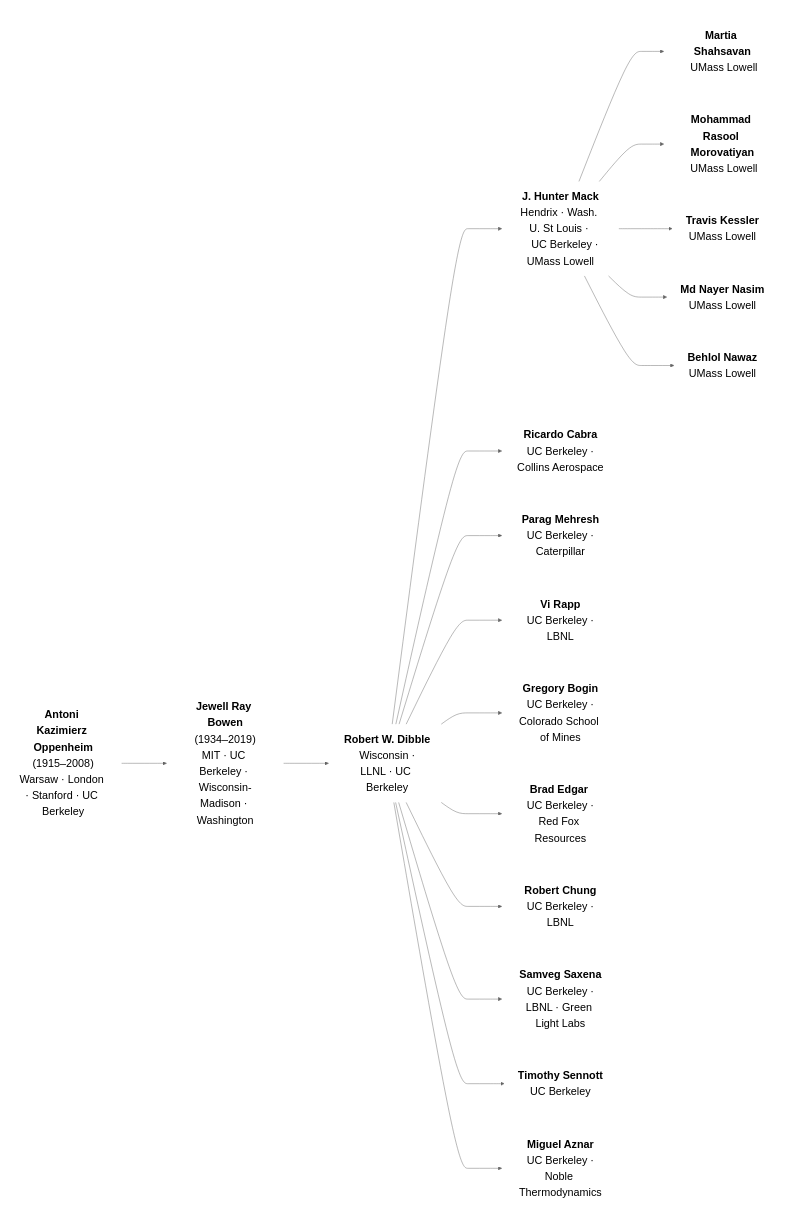
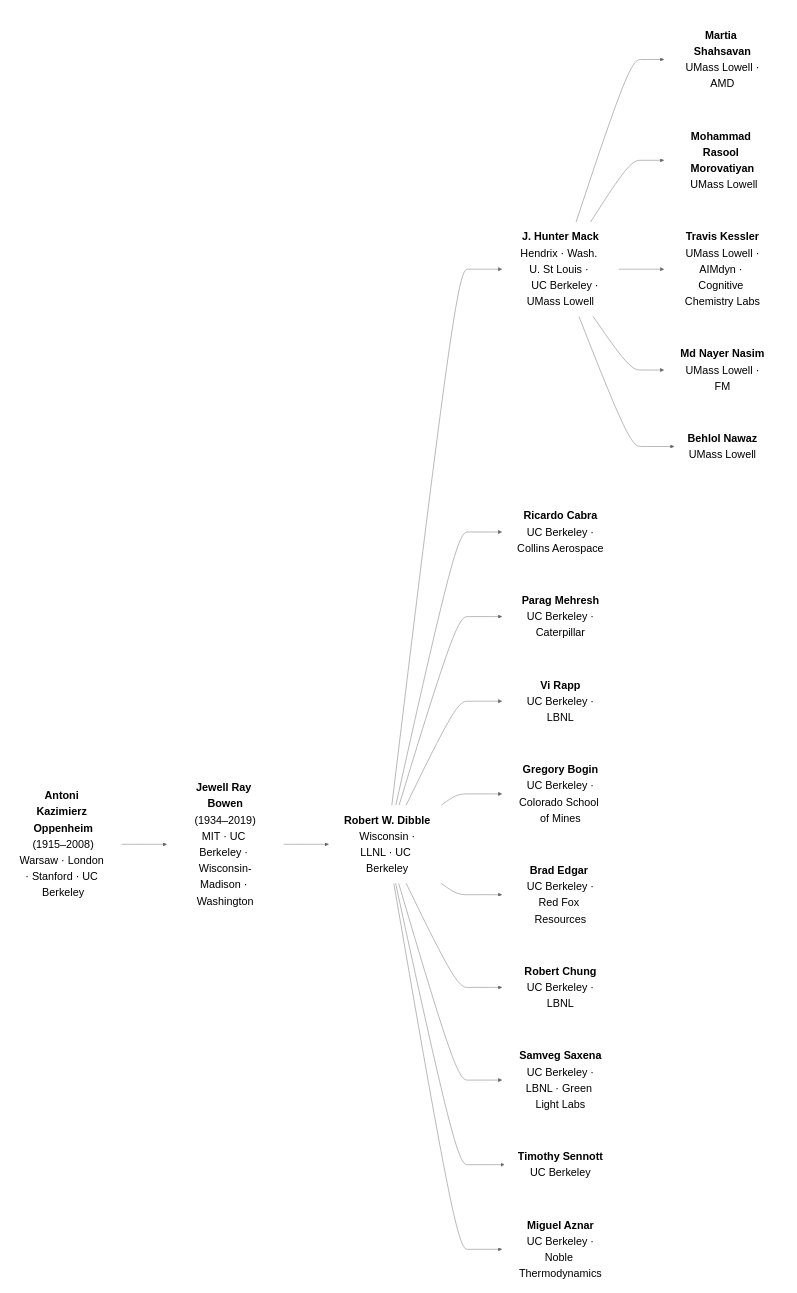
One commit to bnawaz95/ECRL-acad-tree changed the diagram in acad_tree_LR.md. Above: the diagram before and after it, drawn with Mermaid (neutral theme). The commit also changed 1 other file, not shown here.

Commit message:
Added some affiliations

````diff
--- a/acad_tree_LR.md
+++ b/acad_tree_LR.md
@@ -1,55 +1,55 @@
 ```mermaid
 flowchart LR
     A["<b>Antoni Kazimierz Oppenheim</b><br/>(1915–2008)<br/>Warsaw · London · Stanford · UC Berkeley"]
 
     B["<b>Jewell Ray Bowen</b><br/>(1934–2019)<br/>MIT · UC Berkeley · Wisconsin-Madison · Washington"]
 
     C["<b>Robert W. Dibble</b><br/> Wisconsin · LLNL · UC Berkeley"]
 
     D0["<b>J. Hunter Mack</b><br/>Hendrix · Wash. U. St Louis · 
     UC Berkeley · UMass Lowell"]
     D1["<b>Ricardo Cabra</b><br/> UC Berkeley · Collins Aerospace"]
     D2["<b>Parag Mehresh</b><br/> UC Berkeley · Caterpillar"]
     D3["<b>Vi Rapp</b><br/> UC Berkeley · LBNL"]
     D4["<b>Gregory Bogin</b><br/> UC Berkeley · Colorado School of Mines"]
     D5["<b>Brad Edgar </b><br/> UC Berkeley · Red Fox Resources"]
     D6["<b>Robert Chung</b><br/> UC Berkeley · LBNL"]
     D7["<b>Samveg Saxena</b><br/> UC Berkeley · LBNL · Green Light Labs"]
     D8["<b>Timothy Sennott</b><br/> UC Berkeley"]
     D9["<b>Miguel Aznar</b><br/> UC Berkeley · Noble Thermodynamics"]
 
-    E1["<b>Martia Shahsavan</b><br/> UMass Lowell"]
+    E1["<b>Martia Shahsavan</b><br/> UMass Lowell · AMD"]
     E2["<b>Mohammad Rasool Morovatiyan</b><br/> UMass Lowell"]
-    E3["<b>Travis Kessler</b><br/> UMass Lowell"]
-    E4["<b>Md Nayer Nasim</b><br/> UMass Lowell"]
+    E3["<b>Travis Kessler</b><br/> UMass Lowell · AIMdyn · Cognitive Chemistry Labs"]
+    E4["<b>Md Nayer Nasim</b><br/> UMass Lowell · FM"]
     E5["<b>Behlol Nawaz</b><br/> UMass Lowell"]
 
     A ---> B
     B ---> C
 
     C ---> D0
     C ---> D1
     C ---> D2
     C ---> D3
     C ---> D4
     C ---> D5
     C ---> D6
     C ---> D7
     C ---> D8
     C ---> D9
 
     subgraph Mack [" "]
     D0 ---> E1
     D0 ---> E2
     D0 ---> E3
     D0 ---> E4
     D0 ---> E5
     end
 
 classDef noBorder stroke:none,stroke-width:0px,fill:none,font-size:24px;
 class A,B,C,D0,D1,D2,D3,D4,D5,D6,D6,D7,D8,D9,E1,E2,E3,E4,E5, noBorder
 
 %% Style the subgraph to be invisible
 classDef invisible fill:none,stroke:none,stroke-width:0;
 class Mack invisible;
 ```
````
